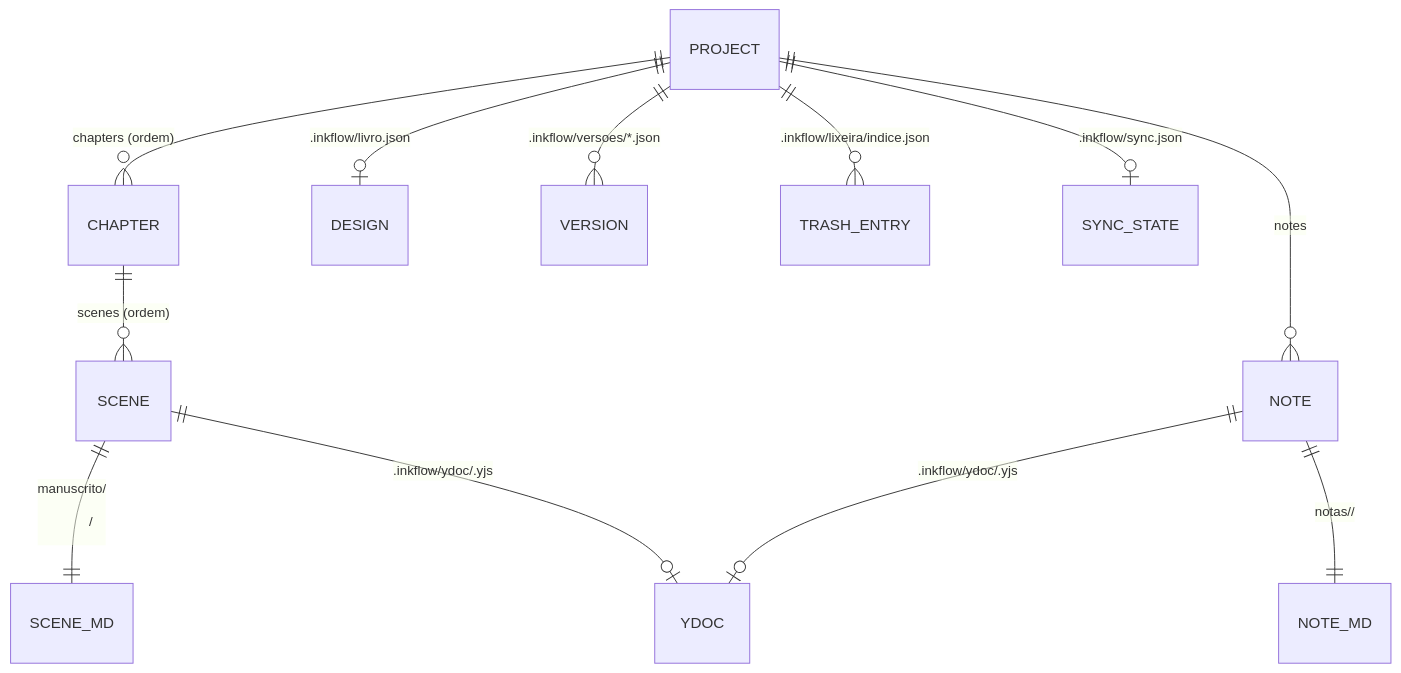
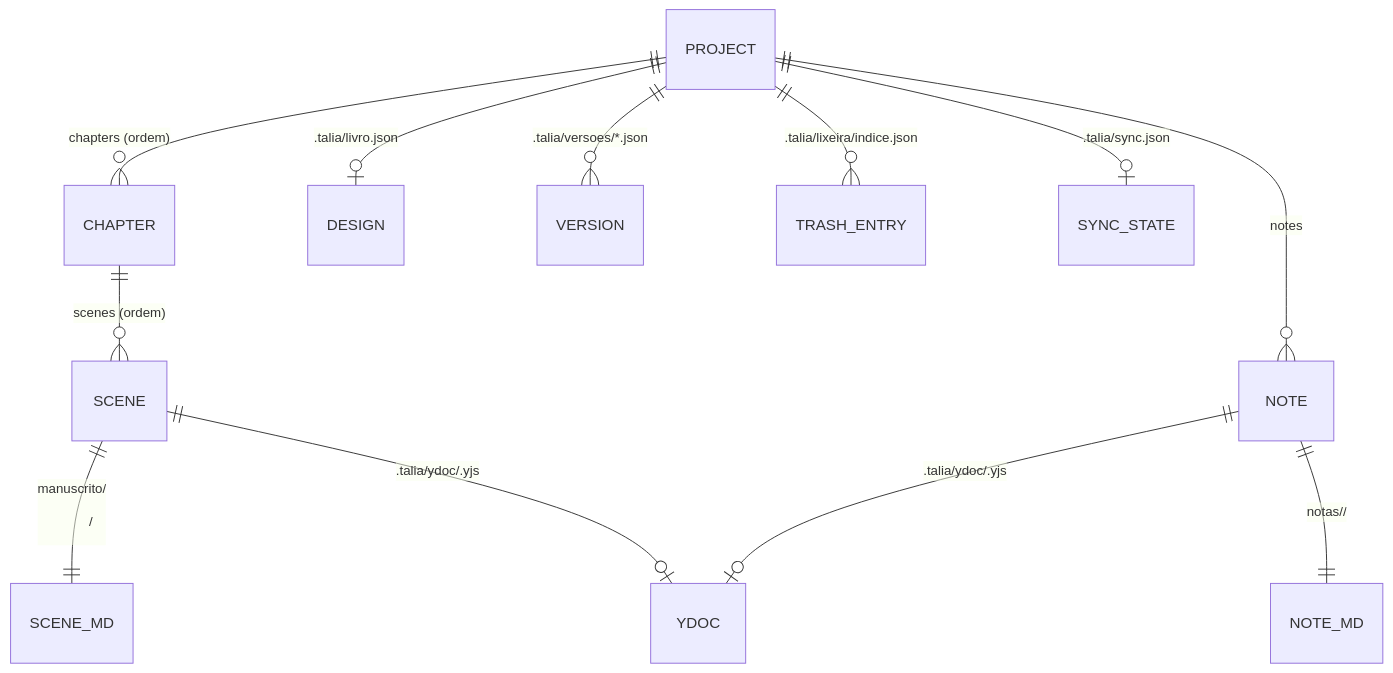
Before and after one commit to Marcosdeobjunior/projetc: the second of 6 diagrams in docs/arquitetura.md, drawn with Mermaid. The commit also changed other lines of this file and 33 other files, not shown here.

First line of the commit message:
Rename internal inkflow names to talia

````diff
--- a/docs/arquitetura.md
+++ b/docs/arquitetura.md
@@ -191,14 +191,14 @@
 ```mermaid
 erDiagram
   PROJECT ||--o{ CHAPTER : "chapters (ordem)"
   CHAPTER ||--o{ SCENE : "scenes (ordem)"
   PROJECT ||--o{ NOTE : "notes"
   SCENE ||--|| SCENE_MD : "manuscrito/<dir>/<file>"
-  SCENE ||--o| YDOC : ".inkflow/ydoc/<id>.yjs"
+  SCENE ||--o| YDOC : ".talia/ydoc/<id>.yjs"
   NOTE ||--|| NOTE_MD : "notas/<kind>/<file>"
-  NOTE ||--o| YDOC : ".inkflow/ydoc/<id>.yjs"
-  PROJECT ||--o| DESIGN : ".inkflow/livro.json"
-  PROJECT ||--o{ VERSION : ".inkflow/versoes/*.json"
-  PROJECT ||--o{ TRASH_ENTRY : ".inkflow/lixeira/indice.json"
-  PROJECT ||--o| SYNC_STATE : ".inkflow/sync.json"
+  NOTE ||--o| YDOC : ".talia/ydoc/<id>.yjs"
+  PROJECT ||--o| DESIGN : ".talia/livro.json"
+  PROJECT ||--o{ VERSION : ".talia/versoes/*.json"
+  PROJECT ||--o{ TRASH_ENTRY : ".talia/lixeira/indice.json"
+  PROJECT ||--o| SYNC_STATE : ".talia/sync.json"
 ```
````
